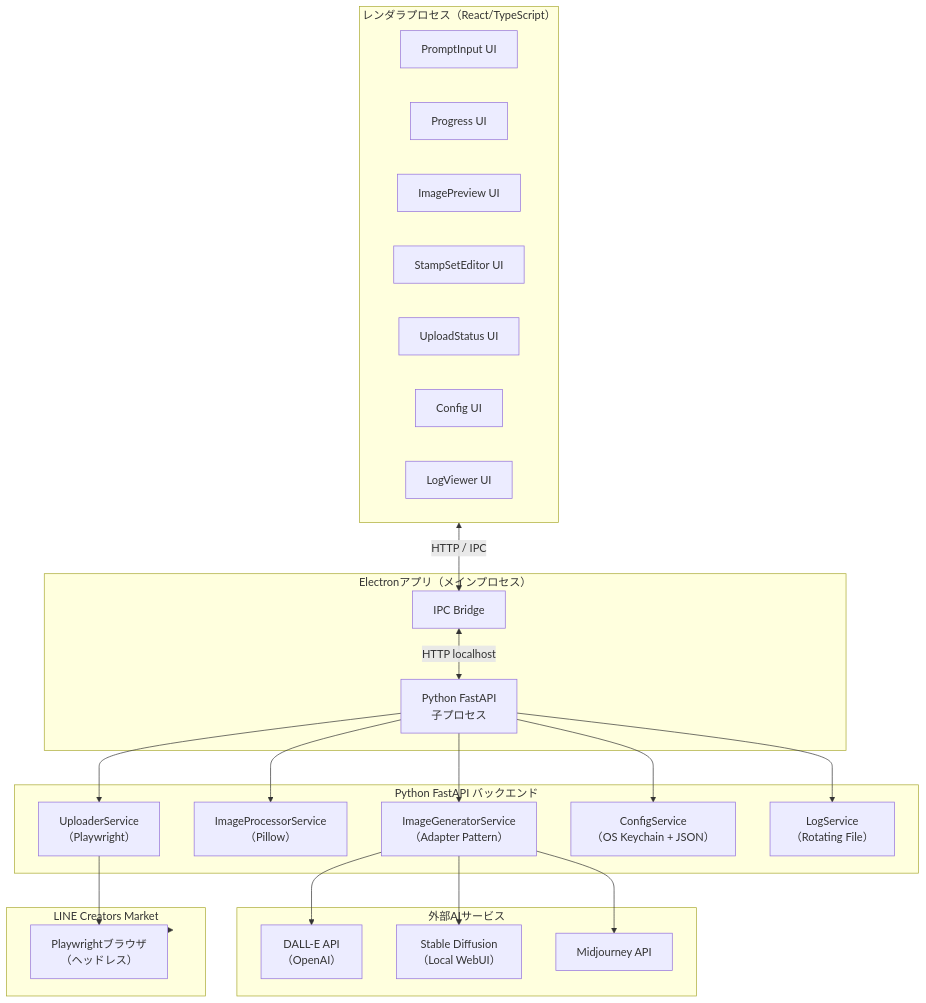
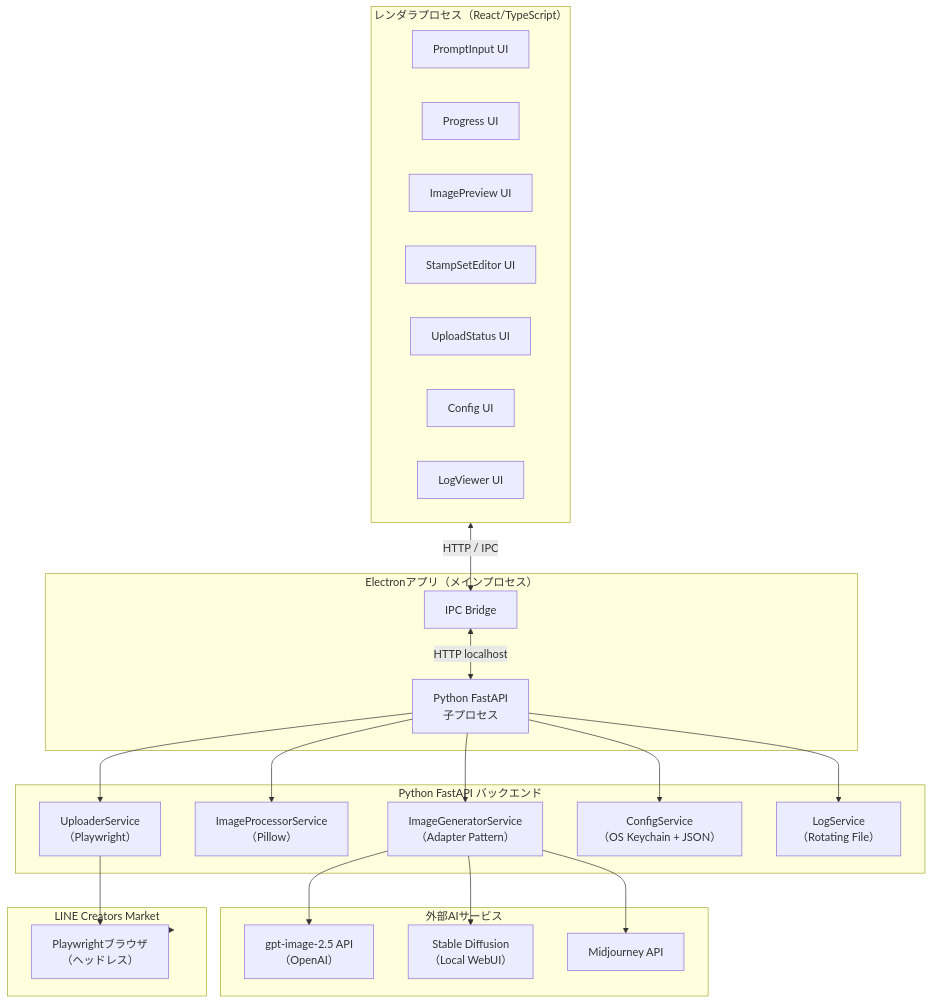
One commit to edoburg/kiro_uc changed the first of 2 diagrams in .kiro/specs/line-stamp-generator/design.md. Above: the diagram before and after it, drawn with Mermaid. The commit also changed other lines of this file and 4 other files, not shown here.

First line of the commit message:
Switch image generation engine from DALL-E to OpenAI gpt-image-2.5

````diff
--- a/.kiro/specs/line-stamp-generator/design.md
+++ b/.kiro/specs/line-stamp-generator/design.md
@@ -26,48 +26,48 @@
 ```mermaid
 graph TB
     subgraph Electron["Electronアプリ（メインプロセス）"]
         IPC["IPC Bridge"]
         PyChild["Python FastAPI\n子プロセス"]
     end
 
     subgraph Renderer["レンダラプロセス（React/TypeScript）"]
         UI_Prompt["PromptInput UI"]
         UI_Progress["Progress UI"]
         UI_Preview["ImagePreview UI"]
         UI_StampSet["StampSetEditor UI"]
         UI_Upload["UploadStatus UI"]
         UI_Config["Config UI"]
         UI_Logs["LogViewer UI"]
     end
 
     subgraph Backend["Python FastAPI バックエンド"]
         GenSvc["ImageGeneratorService\n（Adapter Pattern）"]
         ProcSvc["ImageProcessorService\n（Pillow）"]
         UploadSvc["UploaderService\n（Playwright）"]
         ConfigSvc["ConfigService\n（OS Keychain + JSON）"]
         LogSvc["LogService\n（Rotating File）"]
     end
 
     subgraph AI["外部AIサービス"]
-        DALLE["DALL-E API\n（OpenAI）"]
+        GPTIMG["gpt-image-2.5 API\n（OpenAI）"]
         SD["Stable Diffusion\n（Local WebUI）"]
         MJ["Midjourney API"]
     end
 
     subgraph LCM["LINE Creators Market"]
         Browser["Playwrightブラウザ\n（ヘッドレス）"]
     end
 
     Renderer <-->|"HTTP / IPC"| IPC
     IPC <-->|"HTTP localhost"| PyChild
     PyChild --> GenSvc
     PyChild --> ProcSvc
     PyChild --> UploadSvc
     PyChild --> ConfigSvc
     PyChild --> LogSvc
-    GenSvc --> DALLE
+    GenSvc --> GPTIMG
     GenSvc --> SD
     GenSvc --> MJ
     UploadSvc --> Browser
     Browser --> LCM
 ```
````
